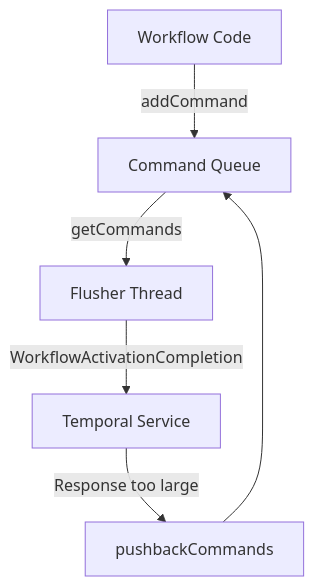
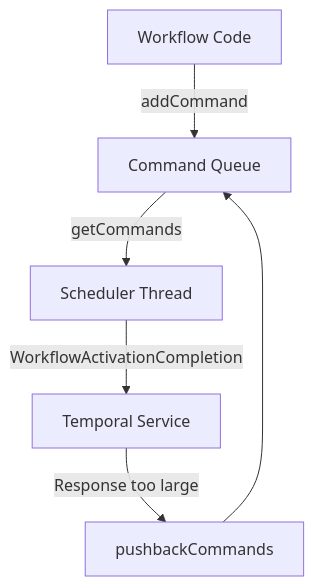
One commit to MercuryTechnologies/hs-temporal-sdk changed the first of 4 diagrams in docs/command-queue.md. Above: the diagram before and after it, drawn with Mermaid. The commit also changed other lines of this file and 12 other files, not shown here.

````diff
--- a/docs/command-queue.md
+++ b/docs/command-queue.md
@@ -38,8 +38,8 @@
 ```mermaid
 flowchart TD
     A[Workflow Code] -->|"addCommand"| B[Command Queue]
-    B -->|"getCommands"| C[Flusher Thread]
+    B -->|"getCommands"| C[Scheduler Thread]
     C -->|"WorkflowActivationCompletion"| D[Temporal Service]
     D -->|Response too large| E[pushbackCommands]
     E --> B
 ```
````
